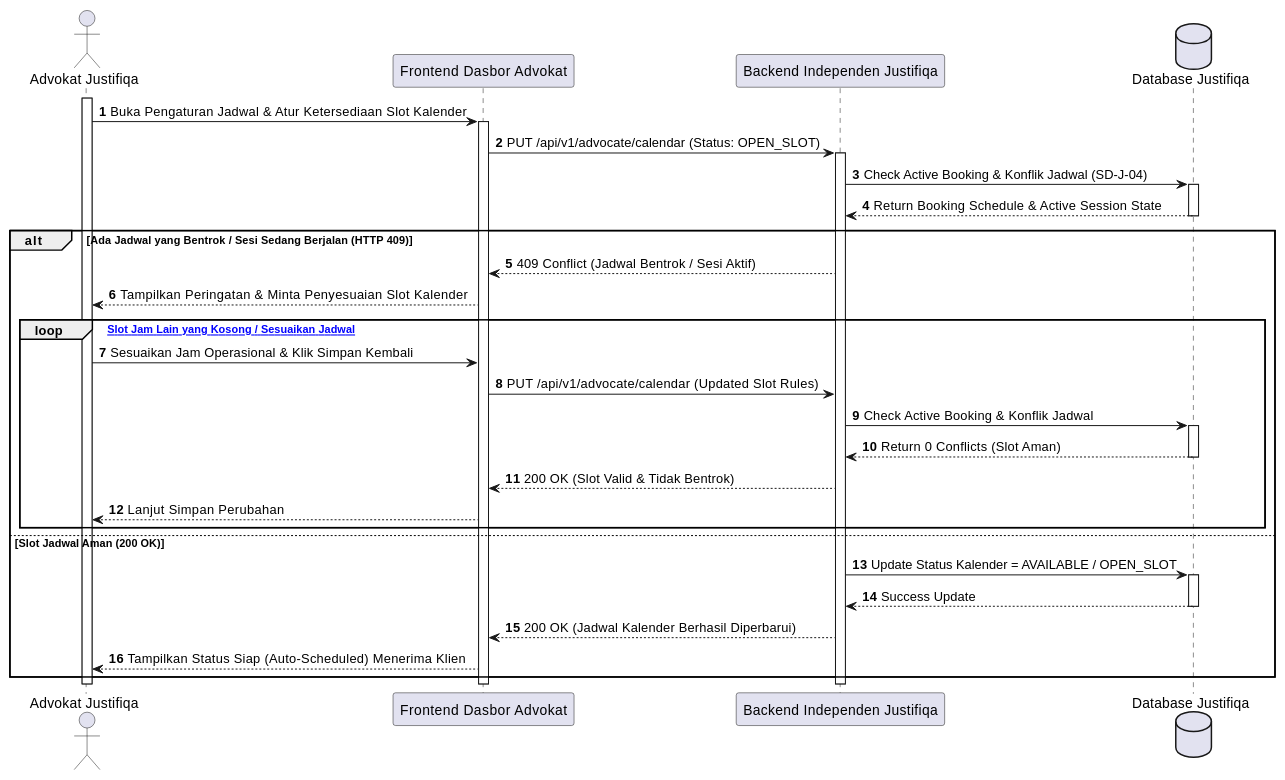
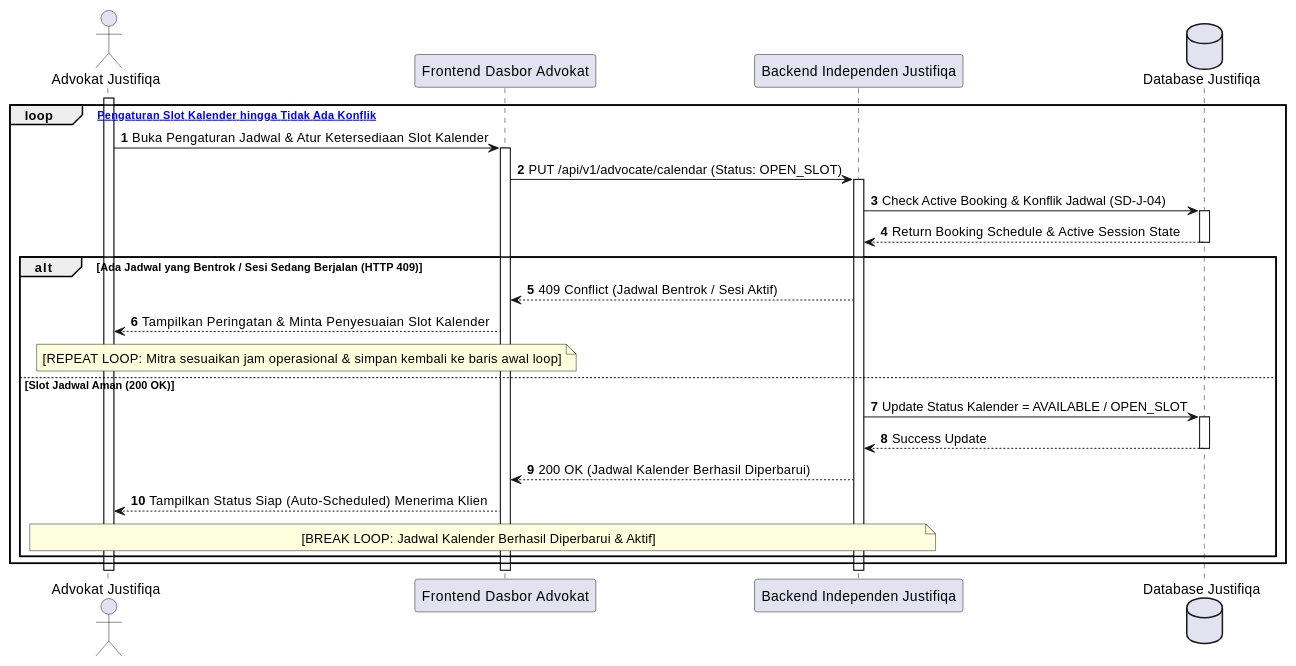
Before and after one commit to tupperwureism/SuperApp-Gagal: the fourth of 27 diagrams in MarkDown/plantuml_sequence_diagrams.md, drawn with PlantUML. The commit also changed other lines of this file and 2 other files, not shown here.

Commit message:
refactor(uml): standardize outer loop validation pattern and enforce 1-to-1 decision mapping between AD and SD

````diff
--- a/MarkDown/plantuml_sequence_diagrams.md
+++ b/MarkDown/plantuml_sequence_diagrams.md
@@ -237,38 +247,33 @@
 ```plantuml
 @startuml
 autonumber
 actor "Advokat Justifiqa" as Mitra
 participant "Frontend Dasbor Advokat" as FE
 participant "Backend Independen Justifiqa" as BE
 database "Database Justifiqa" as DB
 
 activate Mitra
-Mitra -> FE ++ : Buka Pengaturan Jadwal & Atur Ketersediaan Slot Kalender
-FE -> BE ++ : PUT /api/v1/advocate/calendar (Status: OPEN_SLOT)
+loop [Percobaan Pengaturan Slot Kalender hingga Tidak Ada Konflik]
+    Mitra -> FE ++ : Buka Pengaturan Jadwal & Atur Ketersediaan Slot Kalender
+    FE -> BE ++ : PUT /api/v1/advocate/calendar (Status: OPEN_SLOT)
 
-BE -> DB ++ : Check Active Booking & Konflik Jadwal (SD-J-04)
-DB --> BE -- : Return Booking Schedule & Active Session State
+    BE -> DB ++ : Check Active Booking & Konflik Jadwal (SD-J-04)
+    DB --> BE -- : Return Booking Schedule & Active Session State
 
-alt Ada Jadwal yang Bentrok / Sesi Sedang Berjalan (HTTP 409)
-    BE --> FE : 409 Conflict (Jadwal Bentrok / Sesi Aktif)
-    FE --> Mitra : Tampilkan Peringatan & Minta Penyesuaian Slot Kalender
-    
-    loop [Pilih Slot Jam Lain yang Kosong / Sesuaikan Jadwal]
-        Mitra -> FE : Sesuaikan Jam Operasional & Klik Simpan Kembali
-        FE -> BE : PUT /api/v1/advocate/calendar (Updated Slot Rules)
-        BE -> DB ++ : Check Active Booking & Konflik Jadwal
-        DB --> BE -- : Return 0 Conflicts (Slot Aman)
-        BE --> FE : 200 OK (Slot Valid & Tidak Bentrok)
-        FE --> Mitra : Lanjut Simpan Perubahan
+    alt Ada Jadwal yang Bentrok / Sesi Sedang Berjalan (HTTP 409)
+        BE --> FE : 409 Conflict (Jadwal Bentrok / Sesi Aktif)
+        FE --> Mitra : Tampilkan Peringatan & Minta Penyesuaian Slot Kalender
+        note over Mitra, FE : [REPEAT LOOP: Mitra sesuaikan jam operasional & simpan kembali ke baris awal loop]
+    else Slot Jadwal Aman (200 OK)
+        BE -> DB ++ : Update Status Kalender = AVAILABLE / OPEN_SLOT
+        DB --> BE -- : Success Update
+        BE --> FE : 200 OK (Jadwal Kalender Berhasil Diperbarui)
+        FE --> Mitra : Tampilkan Status Siap (Auto-Scheduled) Menerima Klien
+        note over Mitra, BE : [BREAK LOOP: Jadwal Kalender Berhasil Diperbarui & Aktif]
     end
-else Slot Jadwal Aman (200 OK)
-    BE -> DB ++ : Update Status Kalender = AVAILABLE / OPEN_SLOT
-    DB --> BE -- : Success Update
-    BE --> FE : 200 OK (Jadwal Kalender Berhasil Diperbarui)
-    FE --> Mitra : Tampilkan Status Siap (Auto-Scheduled) Menerima Klien
 end
 deactivate BE
 deactivate FE
 deactivate Mitra
 @enduml
 ```
````
